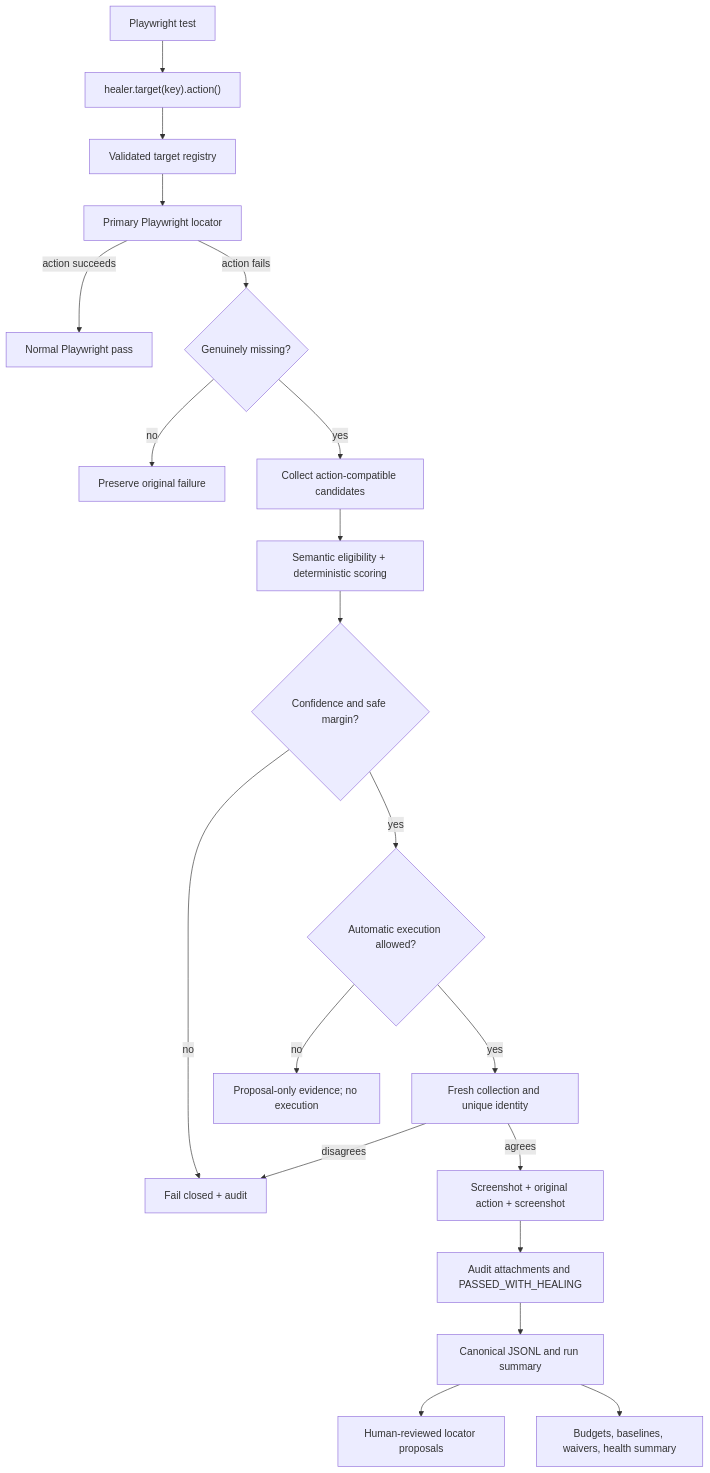
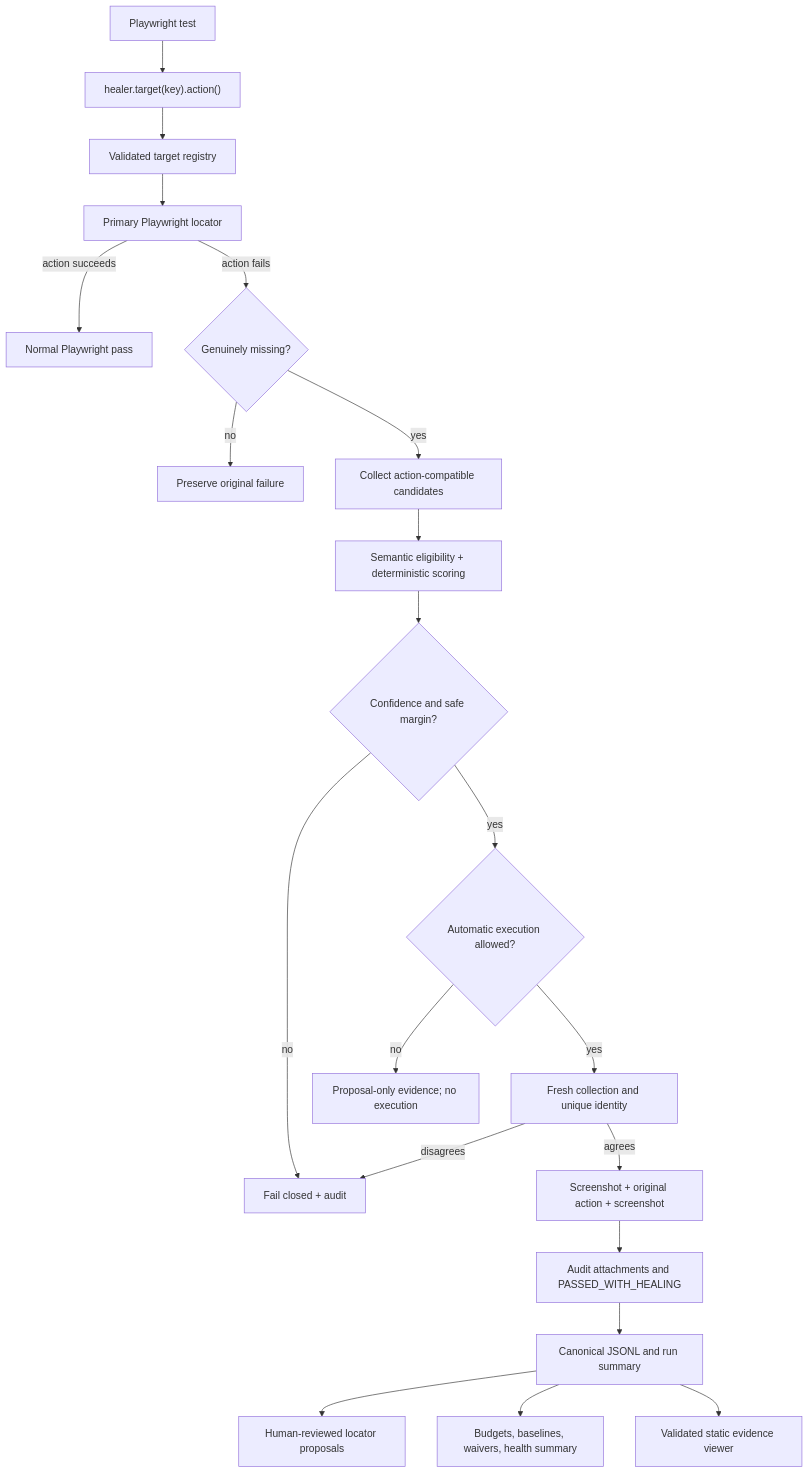
Before and after one commit to kamenAsenov/aegiloc: the diagram in docs/ARCHITECTURE.md, drawn with Mermaid. The commit also changed other lines of this file and 37 other files, not shown here.

````diff
--- a/docs/ARCHITECTURE.md
+++ b/docs/ARCHITECTURE.md
@@ -9,22 +9,23 @@
 ```mermaid
 flowchart TD
   Test["Playwright test"] --> Wrapper["healer.target(key).action()"]
   Wrapper --> Registry["Validated target registry"]
   Registry --> Primary["Primary Playwright locator"]
   Primary -->|"action succeeds"| Normal["Normal Playwright pass"]
   Primary -->|"action fails"| Classifier{"Genuinely missing?"}
   Classifier -->|"no"| Original["Preserve original failure"]
   Classifier -->|"yes"| Collector["Collect action-compatible candidates"]
   Collector --> Scoring["Semantic eligibility + deterministic scoring"]
   Scoring --> Gates{"Confidence and safe margin?"}
   Gates -->|"no"| Rejected["Fail closed + audit"]
   Gates -->|"yes"| Risk{"Automatic execution allowed?"}
   Risk -->|"no"| Protected["Proposal-only evidence; no execution"]
   Risk -->|"yes"| Revalidate["Fresh collection and unique identity"]
   Revalidate -->|"disagrees"| Rejected
   Revalidate -->|"agrees"| Action["Screenshot + original action + screenshot"]
   Action --> Audit["Audit attachments and PASSED_WITH_HEALING"]
   Audit --> Reporter["Canonical JSONL and run summary"]
   Reporter --> Proposals["Human-reviewed locator proposals"]
   Reporter --> Governance["Budgets, baselines, waivers, health summary"]
+  Reporter --> Viewer["Validated static evidence viewer"]
 ```
````
